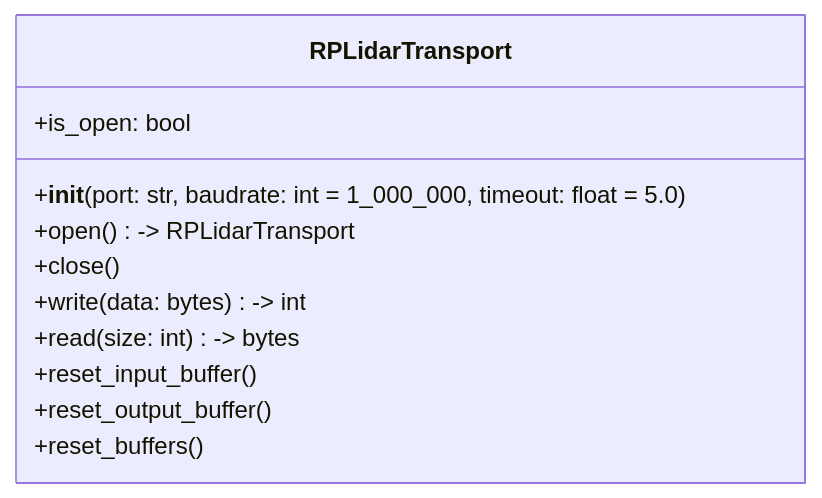
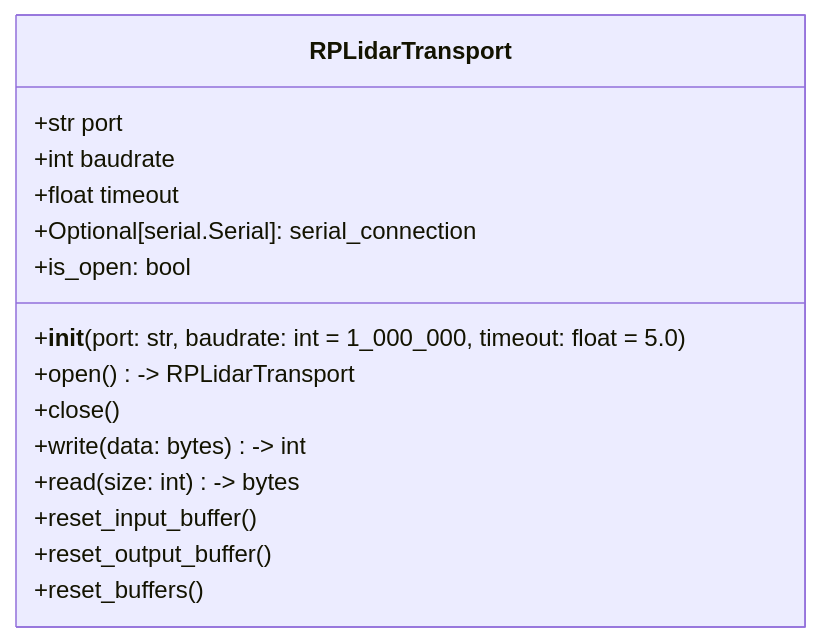
One commit to salas89jl/py-rtrpp changed the diagram in docs/api/transport.md. Above: the diagram before and after it, drawn with Mermaid. The commit also changed 8 other files, not shown here.

````diff
--- a/docs/api/transport.md
+++ b/docs/api/transport.md
@@ -21,14 +21,18 @@
 ```mermaid
 classDiagram
     class RPLidarTransport {
+        +str port
+        +int baudrate
+        +float timeout
+        +Optional[serial.Serial]: serial_connection
         +__init__(port: str, baudrate: int = 1_000_000, timeout: float = 5.0)
         +open() -> RPLidarTransport
         +close()
         +is_open: bool
         +write(data: bytes) -> int
         +read(size: int) -> bytes
         +reset_input_buffer()
         +reset_output_buffer()
         +reset_buffers()
     }   
 ```
````
